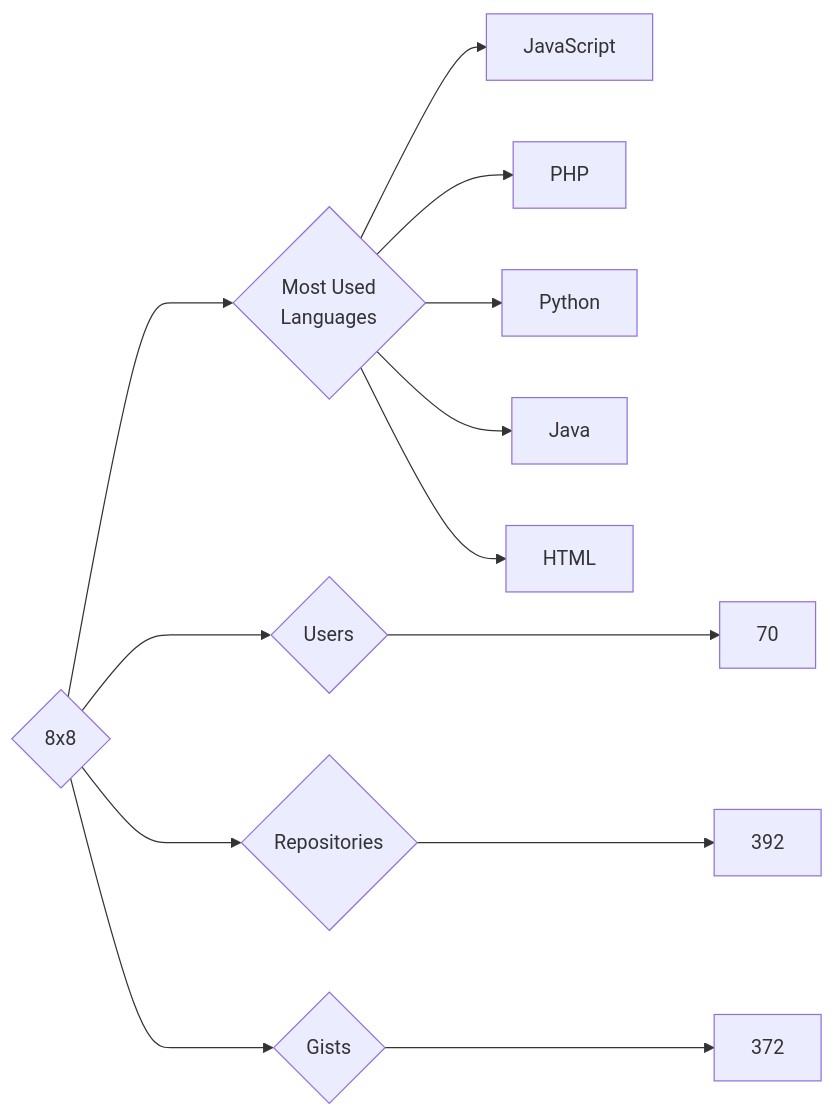
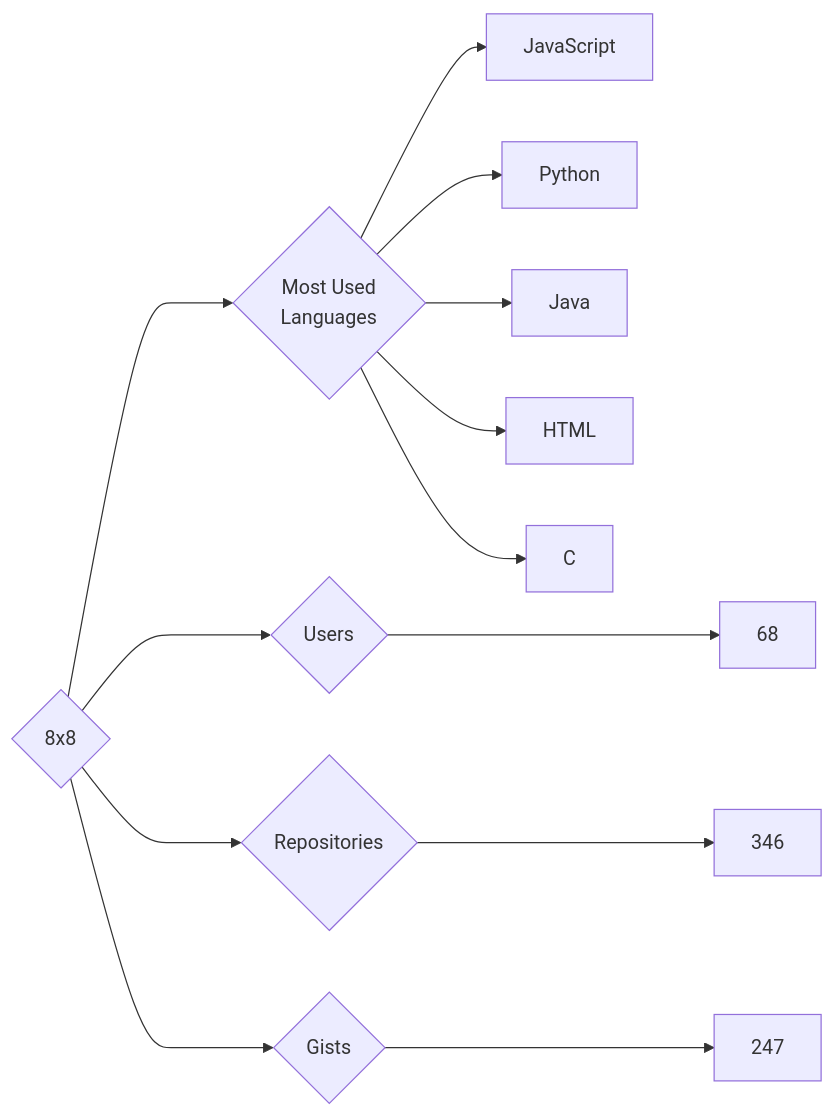
Before and after one commit to trickest/insiders: the diagram in targets/8x8/README.md, drawn with Mermaid. The commit also changed 873 other files, not shown here.

````diff
--- a/targets/8x8/README.md
+++ b/targets/8x8/README.md
@@ -3,13 +3,13 @@
 ```mermaid
 graph LR
 COMPANY_NAME{8x8}
-COMPANY_NAME ---> U{Users} ---> UN[70]
-COMPANY_NAME ---> R{Repositories} ---> RN[392]
-COMPANY_NAME ---> G{Gists} ---> GN[372]
+COMPANY_NAME ---> U{Users} ---> UN[68]
+COMPANY_NAME ---> R{Repositories} ---> RN[346]
+COMPANY_NAME ---> G{Gists} ---> GN[247]
 COMPANY_NAME ---> ML{Most Used<br>Languages}
 ML --> JavaScript[JavaScript]
-ML --> PHP[PHP]
 ML --> Python[Python]
 ML --> Java[Java]
 ML --> HTML[HTML]
+ML --> C[C]
 ```
````
